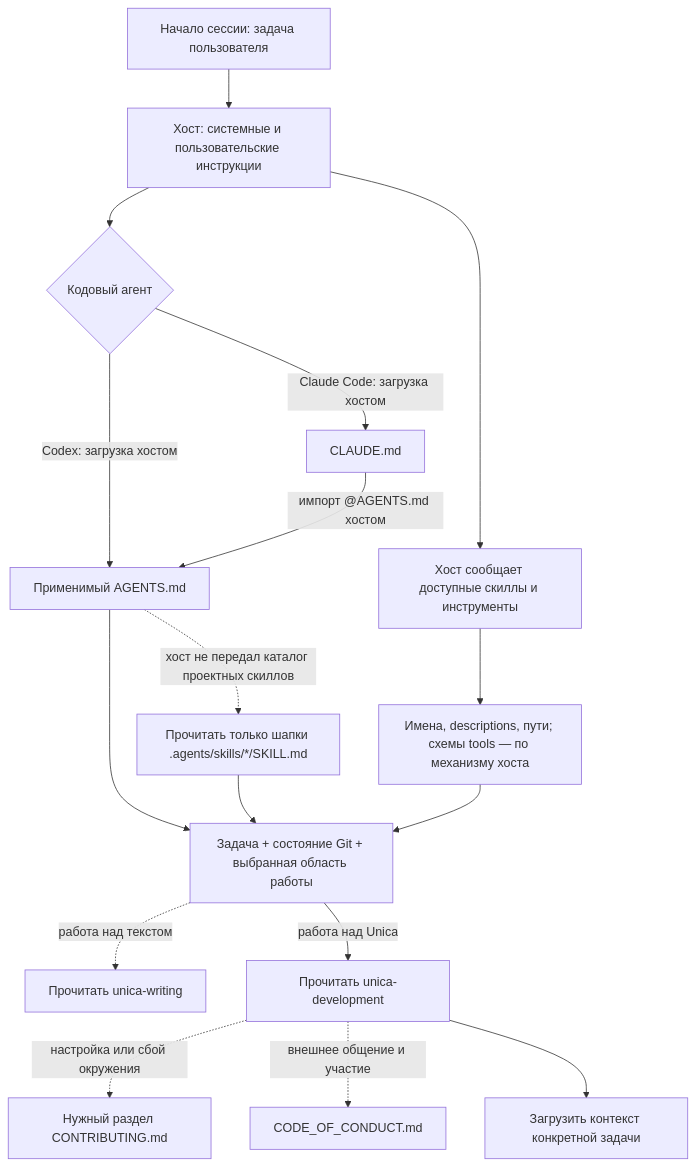
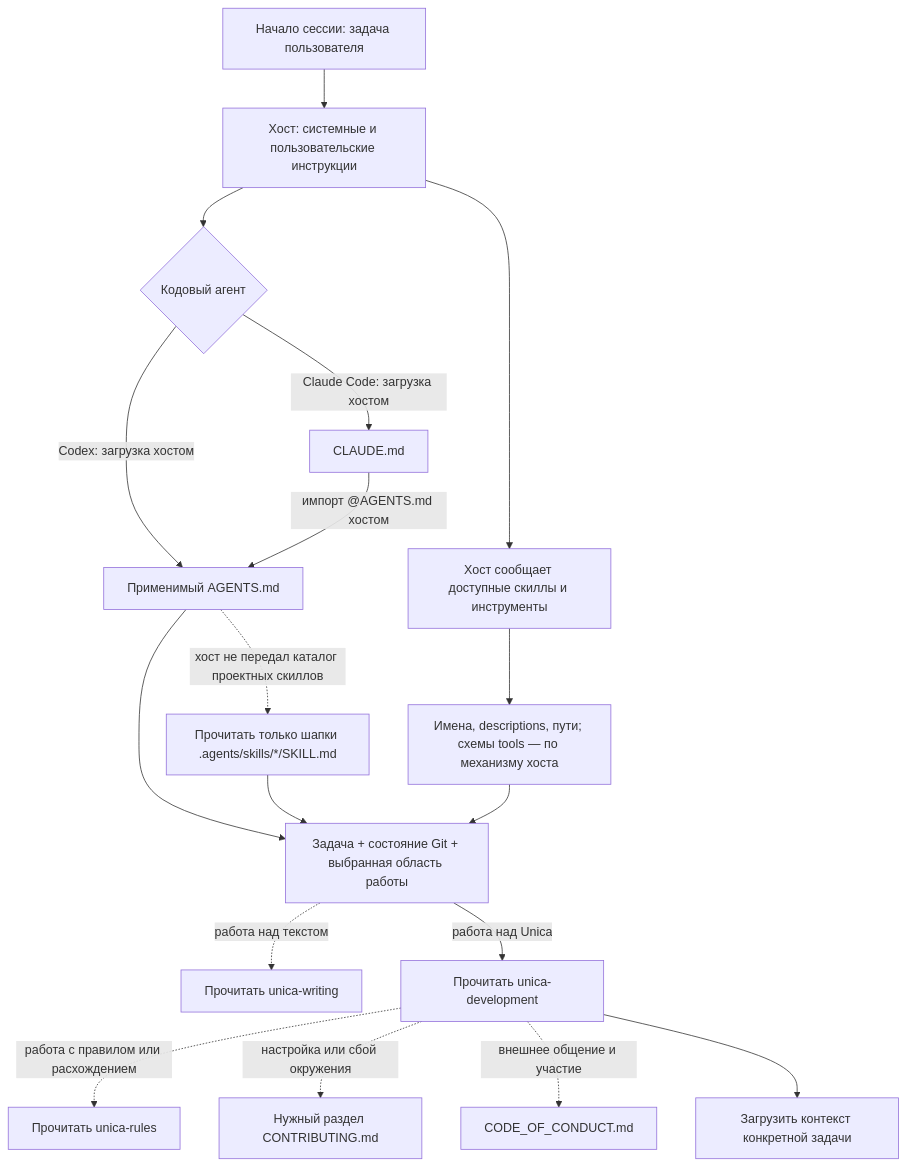
One commit to IngvarConsulting/unica changed the first of 2 diagrams in AI_DEV.md. Above: the diagram before and after it, drawn with Mermaid. The commit also changed other lines of this file and 7 other files, not shown here.

````diff
--- a/AI_DEV.md
+++ b/AI_DEV.md
@@ -21,19 +21,20 @@
 ```mermaid
 flowchart TD
     S["Начало сессии: задача пользователя"] --> H["Хост: системные и пользовательские инструкции"]
     H --> C{"Кодовый агент"}
     C -->|"Codex: загрузка хостом"| A["Применимый AGENTS.md"]
     C -->|"Claude Code: загрузка хостом"| CL["CLAUDE.md"]
     CL -->|"импорт @AGENTS.md хостом"| A
     H --> M["Хост сообщает доступные скиллы и инструменты"]
     M --> META["Имена, descriptions, пути; схемы tools — по механизму хоста"]
     A --> Q["Задача + состояние Git + выбранная область работы"]
     Q -.->|"работа над текстом"| W["Прочитать unica-writing"]
     META --> Q
     A -.->|"хост не передал каталог проектных скиллов"| FM["Прочитать только шапки .agents/skills/*/SKILL.md"]
     FM --> Q
     Q -->|"работа над Unica"| D["Прочитать unica-development"]
+    D -.->|"работа с правилом или расхождением"| U["Прочитать unica-rules"]
     D -.->|"настройка или сбой окружения"| ENV["Нужный раздел CONTRIBUTING.md"]
     D -.->|"внешнее общение и участие"| COC["CODE_OF_CONDUCT.md"]
     D --> WORK["Загрузить контекст конкретной задачи"]
 ```
````
